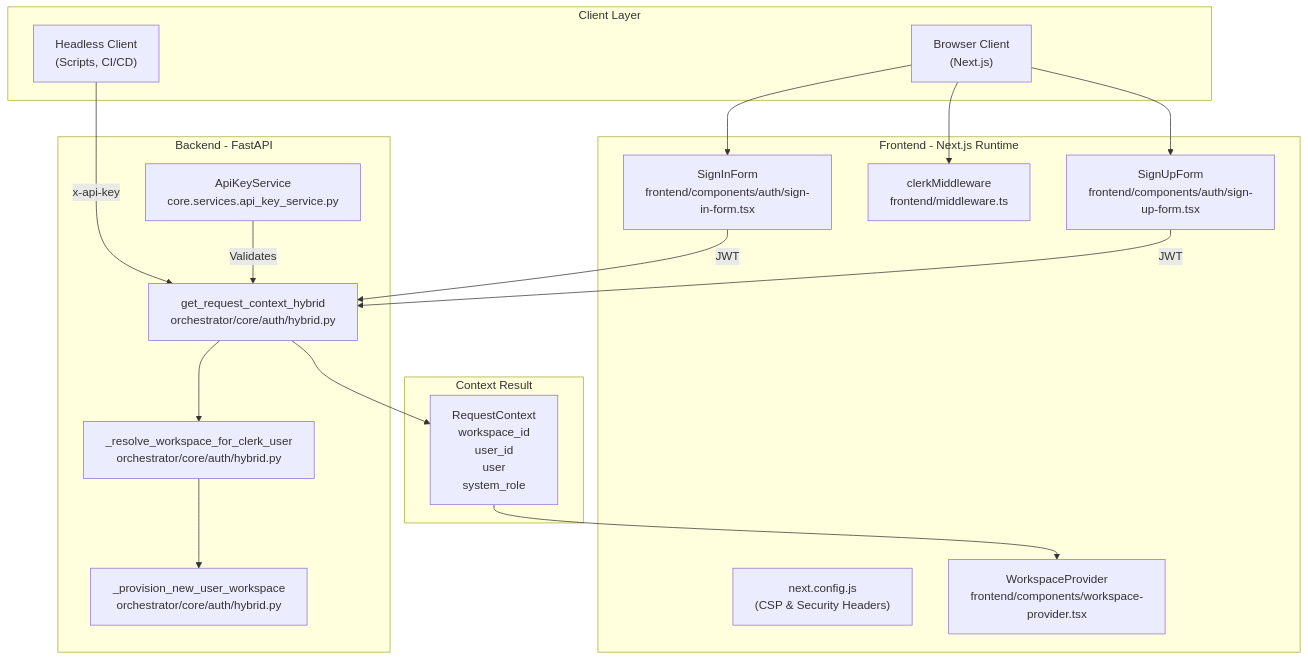
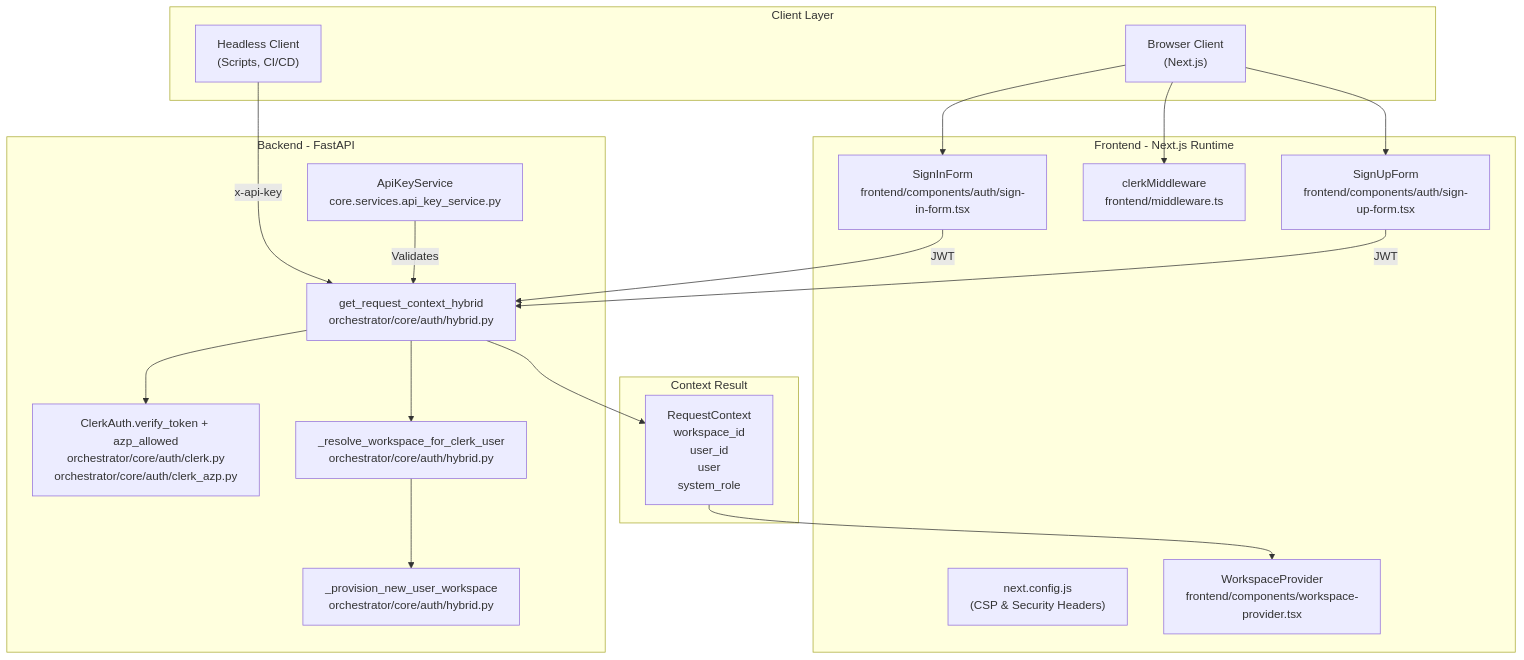
The first of 2 diagrams in docs/authentication-multi-tenancy/authentication-flow.md (AutomatosAI/automatos-ai), drawn with Mermaid before and after one commit. The commit also changed other lines of this file and 4 other files, not shown here.

Commit message:
docs(auth): the Clerk azp check: CLERK_AUTHORIZED_PARTIES, CLERK_AZP_REQUIRED and Automatos Go's mobile template

````diff
--- a/docs/authentication-multi-tenancy/authentication-flow.md
+++ b/docs/authentication-multi-tenancy/authentication-flow.md
@@ -63,39 +68,41 @@
 ```mermaid
 graph TB
     subgraph "Client Layer"
         Browser["Browser Client<br/>(Next.js)"]
         Headless["Headless Client<br/>(Scripts, CI/CD)"]
     end
     
     subgraph "Frontend - Next.js Runtime"
         SignInForm["SignInForm<br/>frontend/components/auth/sign-in-form.tsx"]
         ClerkMiddleware["clerkMiddleware<br/>frontend/middleware.ts"]
         NextConfig["next.config.js<br/>(CSP & Security Headers)"]
         WorkspaceProvider["WorkspaceProvider<br/>frontend/components/workspace-provider.tsx"]
         SignUpForm["SignUpForm<br/>frontend/components/auth/sign-up-form.tsx"]
     end
     
     subgraph "Backend - FastAPI"
         HybridAuth["get_request_context_hybrid<br/>orchestrator/core/auth/hybrid.py"]
+        ClerkVerify["ClerkAuth.verify_token + azp_allowed<br/>orchestrator/core/auth/clerk.py<br/>orchestrator/core/auth/clerk_azp.py"]
         Provisioning["_provision_new_user_workspace<br/>orchestrator/core/auth/hybrid.py"]
         Resolver["_resolve_workspace_for_clerk_user<br/>orchestrator/core/auth/hybrid.py"]
         ApiKeyService["ApiKeyService<br/>core.services.api_key_service.py"]
     end
     
     subgraph "Context Result"
         ReqContext["RequestContext<br/>workspace_id<br/>user_id<br/>user<br/>system_role"]
     end
     
     Browser --> SignInForm
     Browser --> SignUpForm
     Browser --> ClerkMiddleware
     Headless -->|x-api-key| HybridAuth
     
     SignInForm -->|JWT| HybridAuth
     SignUpForm -->|JWT| HybridAuth
+    HybridAuth --> ClerkVerify
     HybridAuth --> Resolver
     Resolver --> Provisioning
     HybridAuth --> ReqContext
     ReqContext --> WorkspaceProvider
     ApiKeyService -- Validates --> HybridAuth
 ```
````
